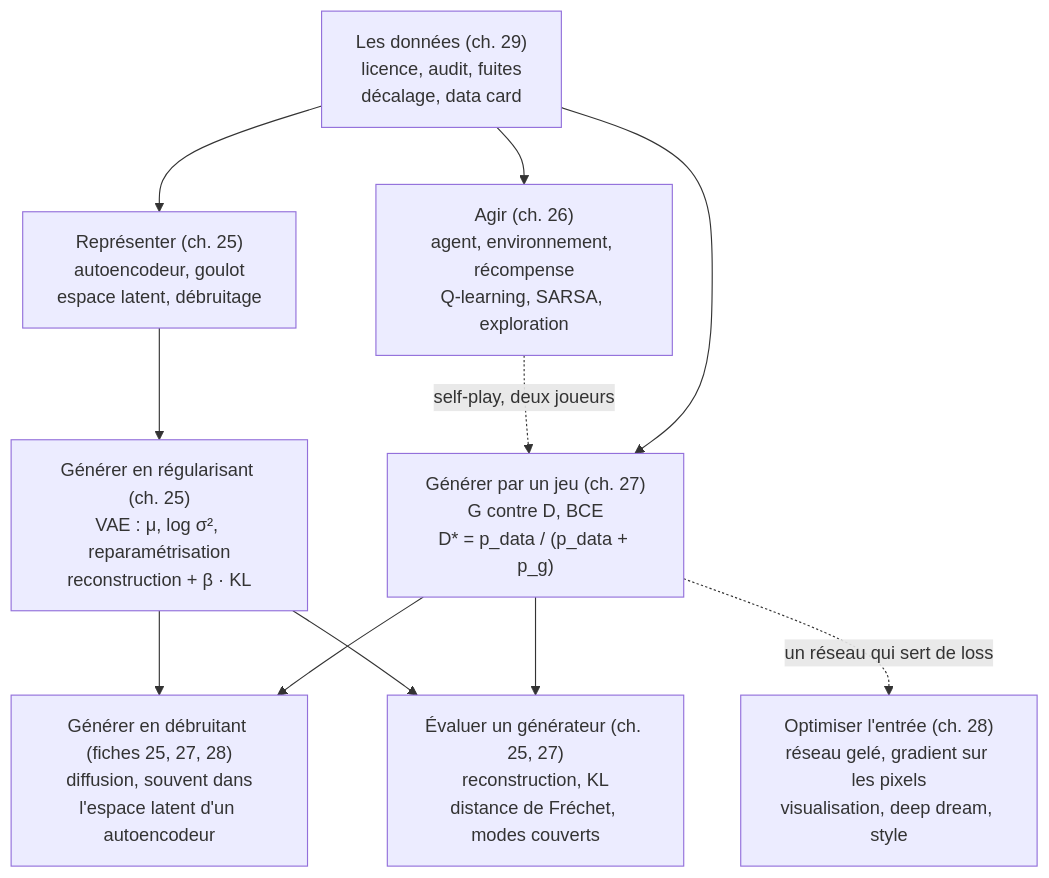
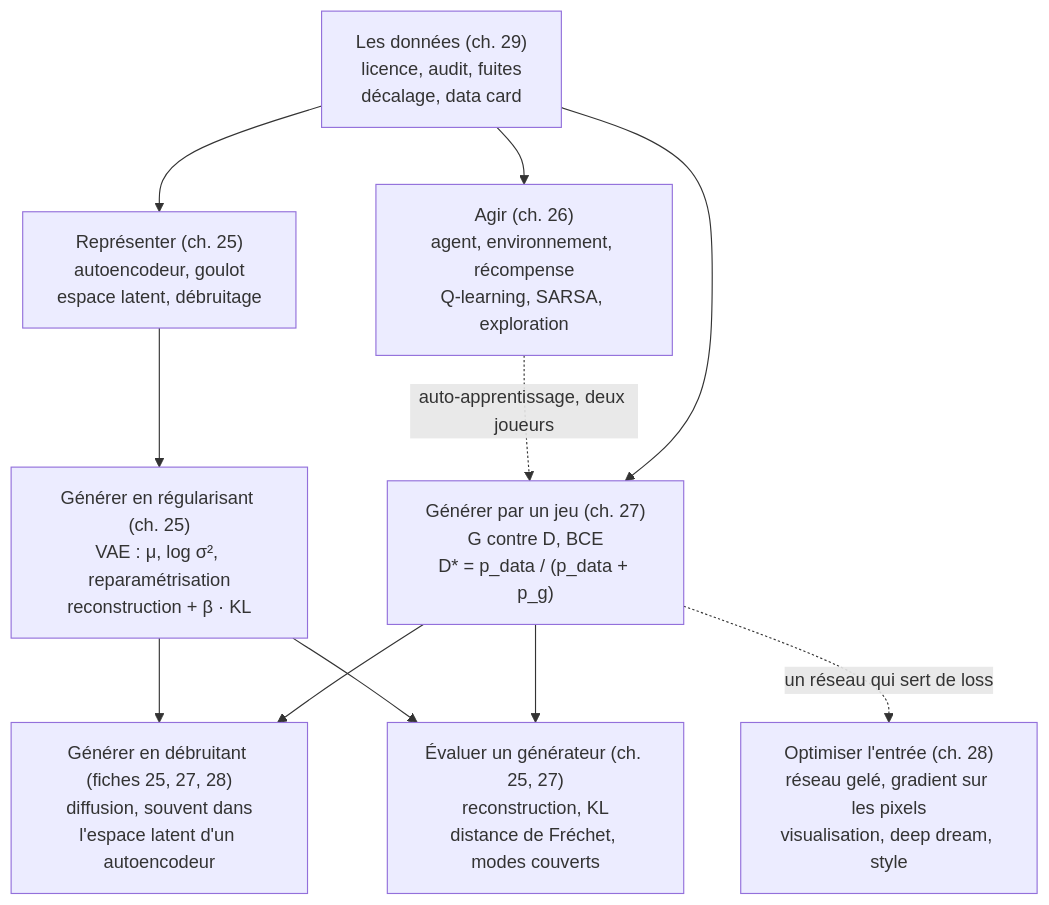
The diagram in checkpoints/partie_6/05_synthese.md (cemah2/workbookIA), drawn with Mermaid before and after one commit. The commit also changed 112 other files, not shown here.

````diff
--- a/checkpoints/partie_6/05_synthese.md
+++ b/checkpoints/partie_6/05_synthese.md
@@ -15,20 +15,20 @@
 ```mermaid
 flowchart TD
   AE["Représenter (ch. 25)<br/>autoencodeur, goulot<br/>espace latent, débruitage"]
   VAE["Générer en régularisant (ch. 25)<br/>VAE : μ, log σ², reparamétrisation<br/>reconstruction + β · KL"]
   GAN["Générer par un jeu (ch. 27)<br/>G contre D, BCE<br/>D* = p_data / (p_data + p_g)"]
   DIF["Générer en débruitant (fiches 25, 27, 28)<br/>diffusion, souvent dans<br/>l'espace latent d'un autoencodeur"]
   RL["Agir (ch. 26)<br/>agent, environnement, récompense<br/>Q-learning, SARSA, exploration"]
   IN["Optimiser l'entrée (ch. 28)<br/>réseau gelé, gradient sur les pixels<br/>visualisation, deep dream, style"]
   DATA["Les données (ch. 29)<br/>licence, audit, fuites<br/>décalage, data card"]
   EV["Évaluer un générateur (ch. 25, 27)<br/>reconstruction, KL<br/>distance de Fréchet, modes couverts"]
   AE --> VAE --> DIF
   GAN --> DIF
   VAE --> EV
   GAN --> EV
   GAN -.->|"un réseau qui sert de loss"| IN
-  RL -.->|"self-play, deux joueurs"| GAN
+  RL -.->|"auto-apprentissage, deux joueurs"| GAN
   DATA --> AE
   DATA --> GAN
   DATA --> RL
 ```
````
